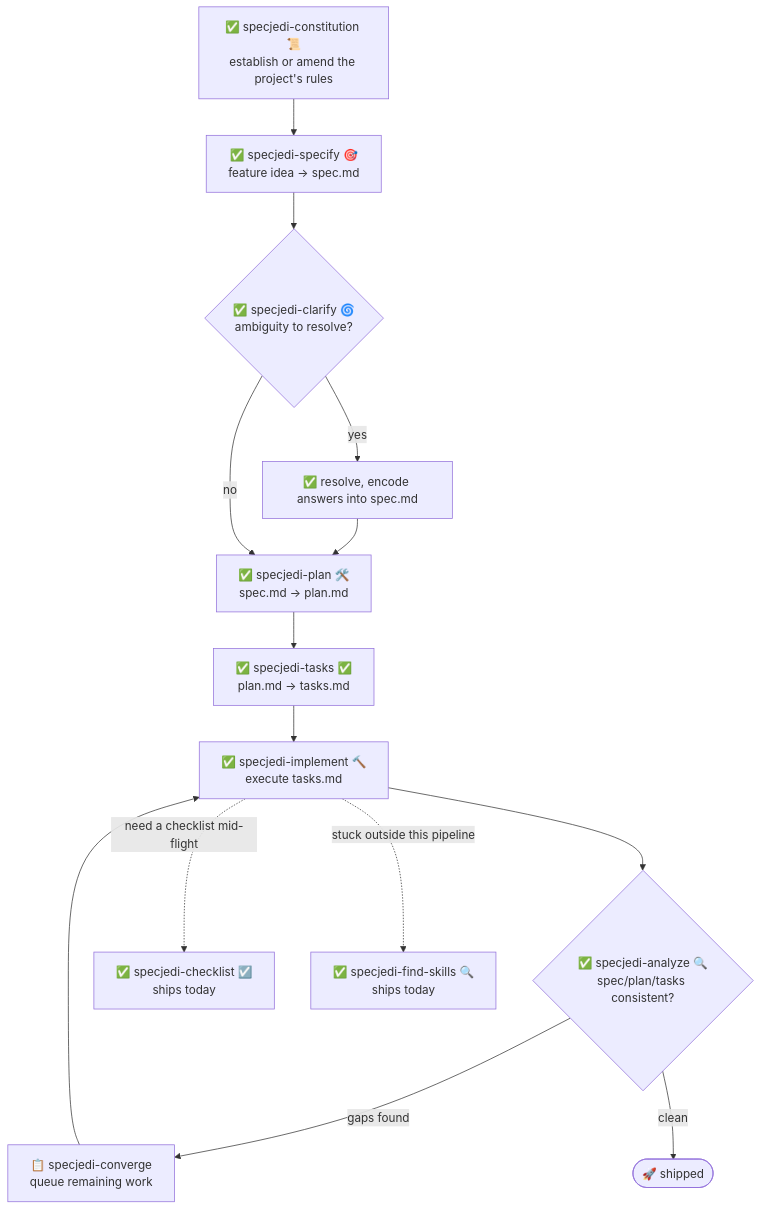
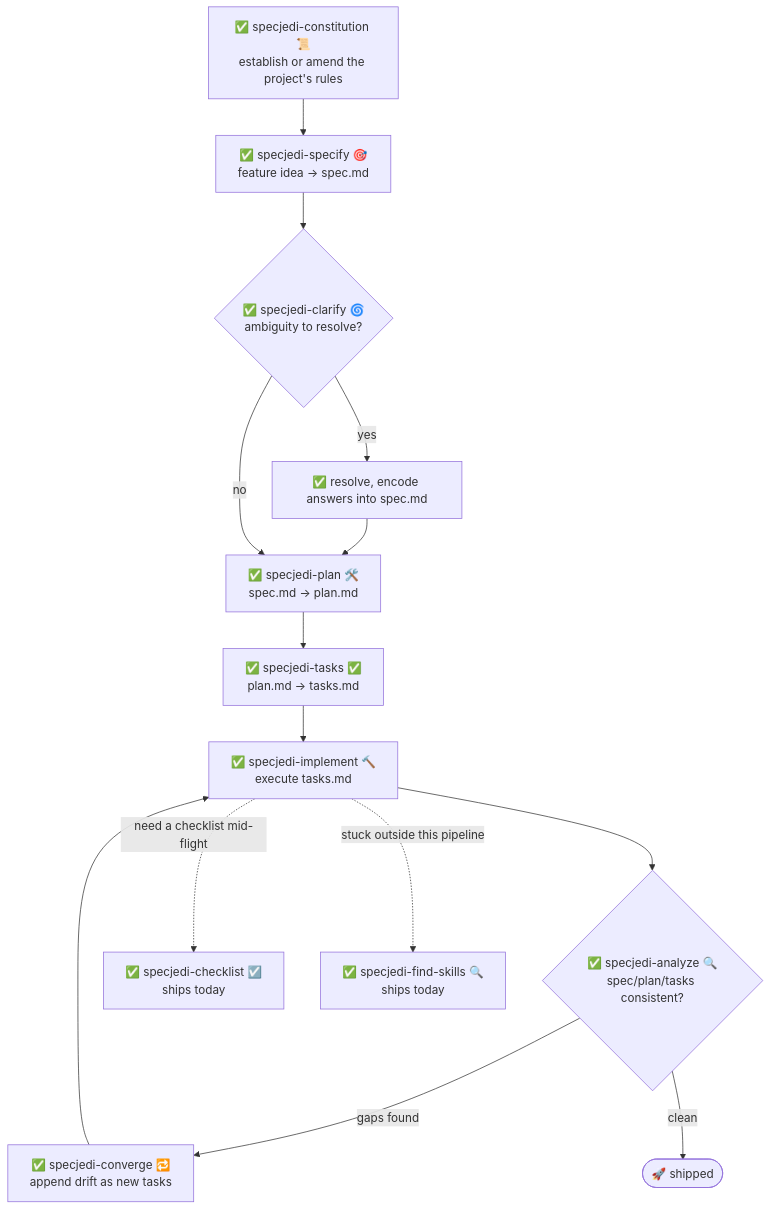
The second of 2 diagrams in README.md (jonyfs/spec-jedi), drawn with Mermaid before and after one commit. The commit also changed other lines of this file and 4 other files, not shown here.

First line of the commit message:
feat: ship specjedi-converge — P9, completing the specjedi-* pipeline (constitution v1.14.7) (#27)

````diff
--- a/README.md
+++ b/README.md
@@ -307,14 +298,14 @@
 ```mermaid
 flowchart TD
     A["✅ specjedi-constitution 📜<br/>establish or amend the project's rules"] --> B["✅ specjedi-specify 🎯<br/>feature idea → spec.md"]
     B --> C{"✅ specjedi-clarify 🌀<br/>ambiguity to resolve?"}
     C -->|yes| C2["✅ resolve, encode answers into spec.md"] --> D
     C -->|no| D["✅ specjedi-plan 🛠️<br/>spec.md → plan.md"]
     D --> E["✅ specjedi-tasks ✅<br/>plan.md → tasks.md"]
     E --> F["✅ specjedi-implement 🔨<br/>execute tasks.md"]
     F --> G{"✅ specjedi-analyze 🔍<br/>spec/plan/tasks consistent?"}
-    G -->|gaps found| H["📋 specjedi-converge<br/>queue remaining work"] --> F
+    G -->|gaps found| H["✅ specjedi-converge 🔁<br/>append drift as new tasks"] --> F
     G -->|clean| I(["🚀 shipped"])
     F -.->|need a checklist mid-flight| J["✅ specjedi-checklist ☑️<br/>ships today"]
     F -.->|stuck outside this pipeline| K["✅ specjedi-find-skills 🔍<br/>ships today"]
 ```
````
